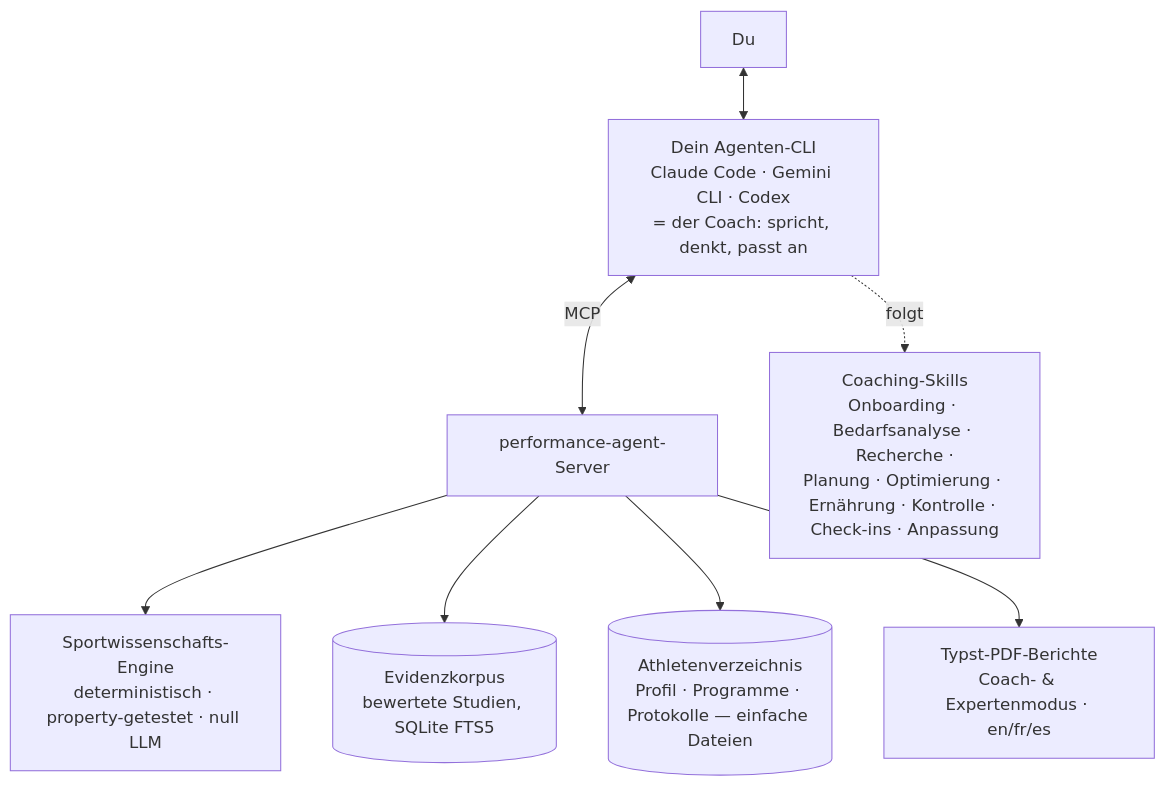
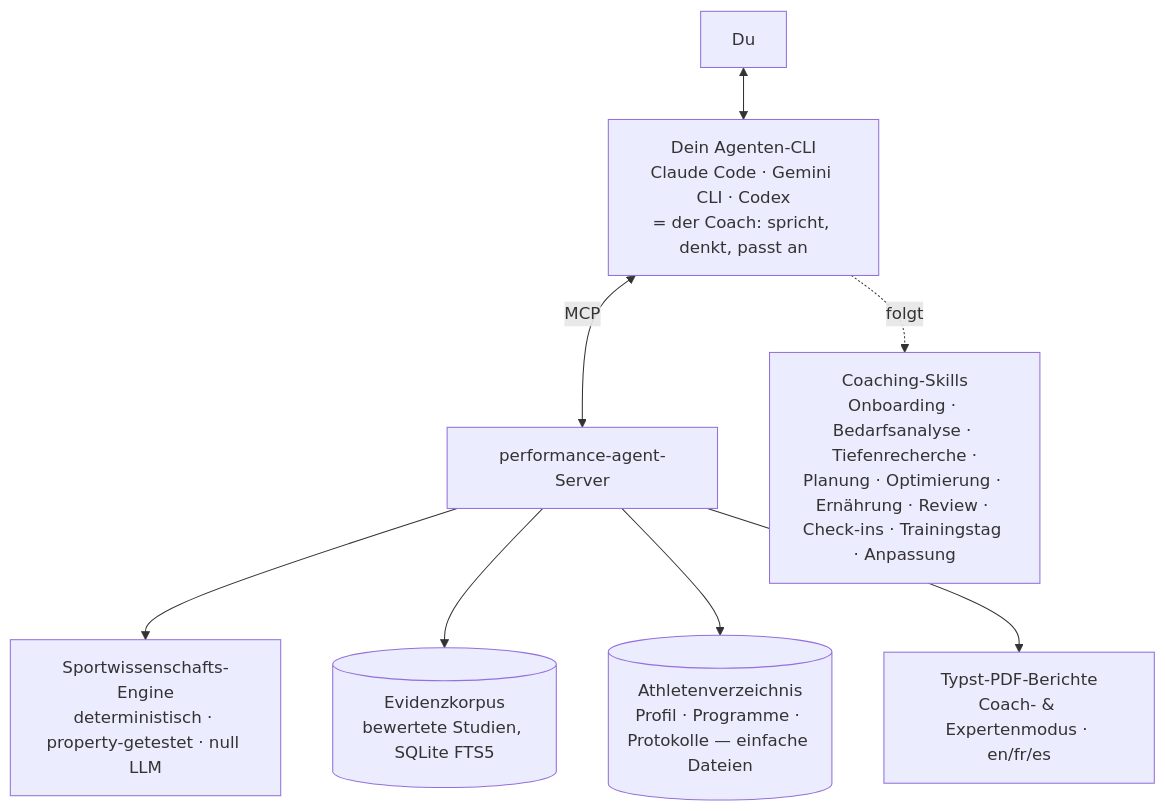
Before and after one commit to clementrx/Performance-agent: the diagram in docs/i18n/README.de.md, drawn with Mermaid. The commit also changed other lines of this file and 3 other files, not shown here.

````diff
--- a/docs/i18n/README.de.md
+++ b/docs/i18n/README.de.md
@@ -271,11 +271,11 @@
 ```mermaid
 flowchart TB
     U[Du] <--> H[Dein Agenten-CLI<br/>Claude Code · Gemini CLI · Codex<br/>= der Coach: spricht, denkt, passt an]
     H <-->|MCP| S[performance-agent-Server]
-    H -.folgt.-> SK[Coaching-Skills<br/>Onboarding · Bedarfsanalyse · Recherche ·
-Planung · Optimierung · Ernährung · Kontrolle · Check-ins · Anpassung]
+    H -.folgt.-> SK[Coaching-Skills<br/>Onboarding · Bedarfsanalyse · Tiefenrecherche ·
+Planung · Optimierung · Ernährung · Review · Check-ins · Trainingstag · Anpassung]
     S --> E[Sportwissenschafts-Engine<br/>deterministisch · property-getestet · null LLM]
     S --> EV[(Evidenzkorpus<br/>bewertete Studien, SQLite FTS5)]
     S --> M[(Athletenverzeichnis<br/>Profil · Programme · Protokolle — einfache Dateien)]
     S --> R[Typst-PDF-Berichte<br/>Coach- & Expertenmodus · en/fr/es]
 ```
````
